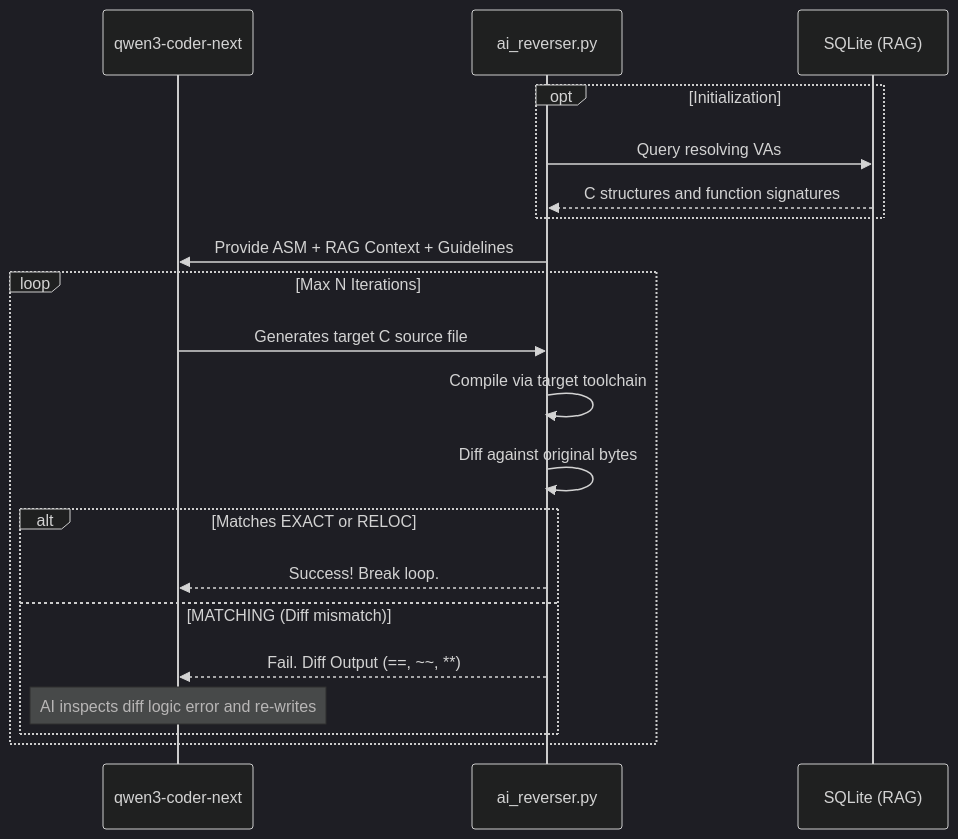
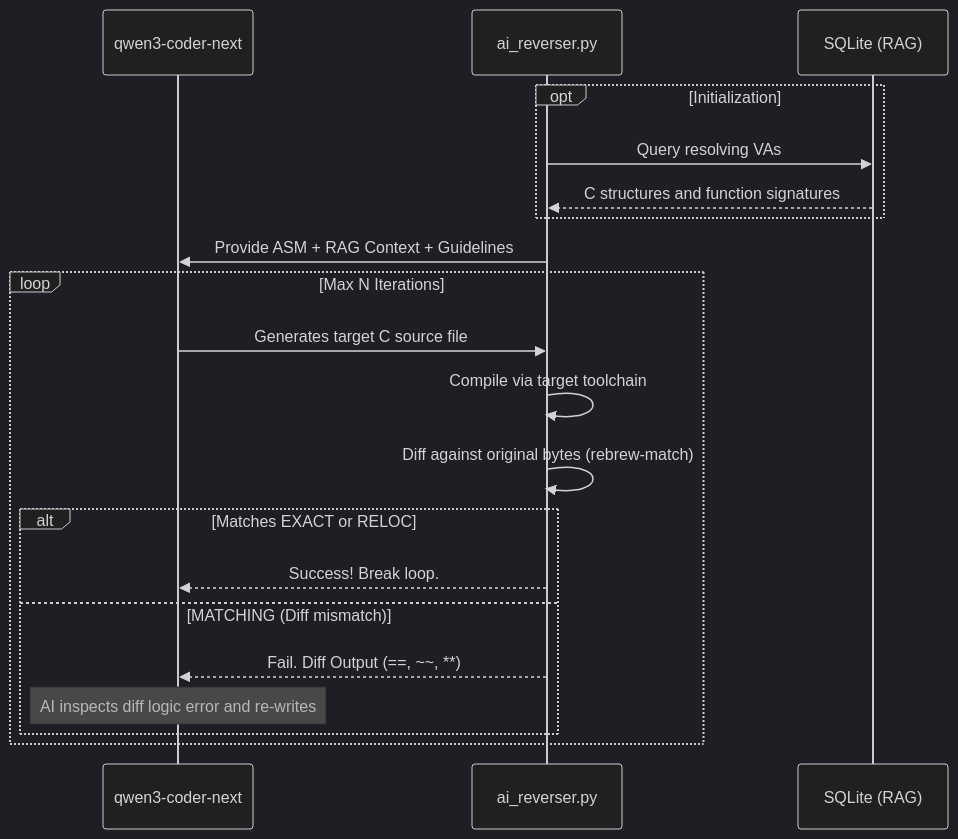
The third of 6 diagrams in docs/AI_RAG_PRD.md (maci0/rebrew), drawn with Mermaid (dark theme) before and after one commit. The commit also changed other lines of this file and 77 other files, not shown here.

````diff
--- a/docs/AI_RAG_PRD.md
+++ b/docs/AI_RAG_PRD.md
@@ -186,26 +186,26 @@
 ```mermaid
 sequenceDiagram
     participant LLM as qwen3-coder-next
     participant O as ai_reverser.py
     participant DB as SQLite (RAG)
     
     opt Initialization
         O->>DB: Query resolving VAs
         DB-->>O: C structures and function signatures
     end
     
     O->>LLM: Provide ASM + RAG Context + Guidelines
     
     loop Max N Iterations
         LLM->>O: Generates target C source file
         O->>O: Compile via target toolchain
-        O->>O: Diff against original bytes
+        O->>O: Diff against original bytes (rebrew-match)
         
         alt Matches EXACT or RELOC
             O-->>LLM: Success! Break loop.
         else MATCHING (Diff mismatch)
             O-->>LLM: Fail. Diff Output (==, ~~, **)
             Note over LLM: AI inspects diff logic error and re-writes
         end
     end
 ```
````
